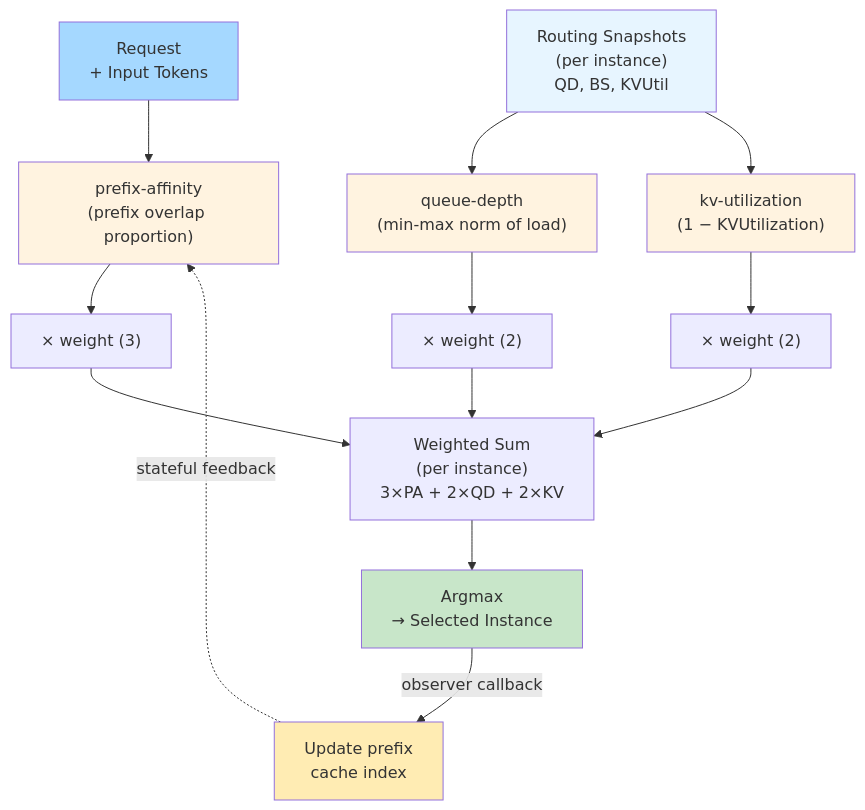
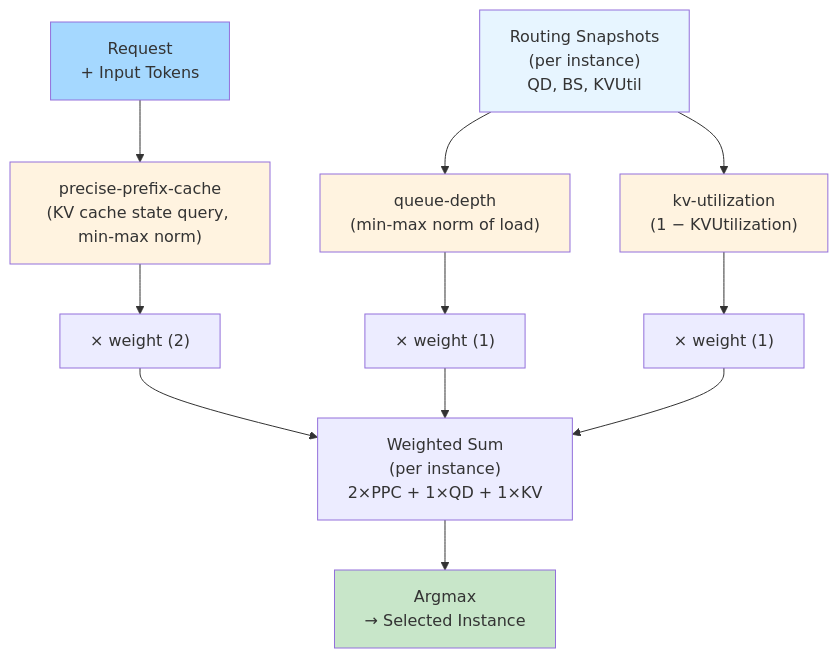
Before and after one commit to inference-sim/inference-sim: the second of 3 diagrams in docs/concepts/architecture.md, drawn with Mermaid. The commit also changed other lines of this file and 17 other files, not shown here.

````diff
--- a/docs/concepts/architecture.md
+++ b/docs/concepts/architecture.md
@@ -116,26 +116,23 @@
 ```mermaid
 flowchart TD
     Req["Request<br/>+ Input Tokens"] --> S1
     Snap["Routing Snapshots<br/>(per instance)<br/>QD, BS, KVUtil"] --> S2
     Snap --> S3
 
-    S1["prefix-affinity<br/>(prefix overlap proportion)"] --> W1["× weight (3)"]
-    S2["queue-depth<br/>(min-max norm of load)"] --> W2["× weight (2)"]
-    S3["kv-utilization<br/>(1 − KVUtilization)"] --> W3["× weight (2)"]
+    S1["precise-prefix-cache<br/>(KV cache state query, min-max norm)"] --> W1["× weight (2)"]
+    S2["queue-depth<br/>(min-max norm of load)"] --> W2["× weight (1)"]
+    S3["kv-utilization<br/>(1 − KVUtilization)"] --> W3["× weight (1)"]
 
-    W1 --> Sum["Weighted Sum<br/>(per instance)<br/>3×PA + 2×QD + 2×KV"]
+    W1 --> Sum["Weighted Sum<br/>(per instance)<br/>2×PPC + 1×QD + 1×KV"]
     W2 --> Sum
     W3 --> Sum
 
     Sum --> Sel["Argmax<br/>→ Selected Instance"]
-    Sel -->|observer callback| Obs["Update prefix<br/>cache index"]
-    Obs -.->|stateful feedback| S1
 
     style Req fill:#a5d8ff
     style Snap fill:#e7f5ff
     style S1 fill:#fff3e0
     style S2 fill:#fff3e0
     style S3 fill:#fff3e0
     style Sel fill:#c8e6c9
-    style Obs fill:#ffecb3
 ```
````
